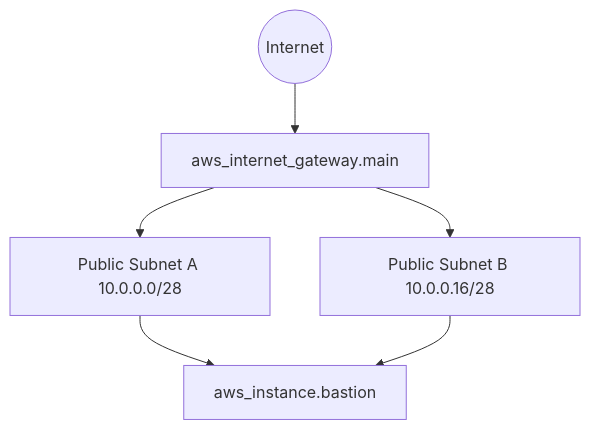
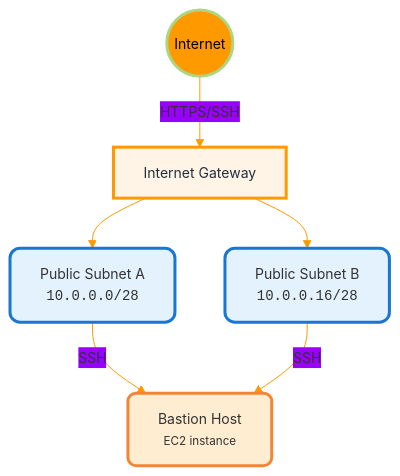
Before and after one commit to josephpipitone/megazone-cloud-tech-assessment: the diagram in infra-C1/README.md, drawn with Mermaid. The commit also changed other lines of this file and 1 other file, not shown here.

Commit message:
chore: updated mermaid diagrams

````diff
--- a/infra-C1/README.md
+++ b/infra-C1/README.md
@@ -8,14 +8,25 @@
 ```mermaid
-graph TB
-    Internet((Internet))
-    IGW[aws_internet_gateway.main]
-    PubA[Public Subnet A 10.0.0.0/28]
-    PubB[Public Subnet B 10.0.0.16/28]
-    Bastion[aws_instance.bastion]
+%%{init: {'theme': 'base', 'themeVariables': { 'primaryColor': '#FF9900', 'primaryBorderColor': '#D68000', 'lineColor': '#FF9900', 'fontSize': '14px'}}}%%
+graph TD
+    Internet(("Internet"))
+    IGW[Internet Gateway]
+    PubA[Public Subnet A<br/><code>10.0.0.0/28</code>]
+    PubB[Public Subnet B<br/><code>10.0.0.16/28</code>]
+    Bastion[Bastion Host<br/><small>EC2 instance</small>]
 
-    Internet --> IGW
+    Internet -->|HTTPS/SSH| IGW
     IGW --> PubA
     IGW --> PubB
-    PubA --> Bastion
-    PubB --> Bastion
+    PubA -->|SSH| Bastion
+    PubB -->|SSH| Bastion
+
+    classDef internet fill:#E8F5E9E,stroke:#AED581,stroke-width:3px,color:#000;
+    classDef aws fill:#FFF4E5,stroke:#FF9900,stroke-width:3px,color:#232F3E;
+    classDef subnet fill:#E3F2FD,stroke:#1976D2,stroke-width:3px,rx:10,ry:10;
+    classDef ec2 fill:#FFEDD1,stroke:#F58536,stroke-width:3px,rx:8,ry:8;
+
+    class Internet internet
+    class IGW aws
+    class PubA,PubB subnet
+    class Bastion ec2
 ```
````
